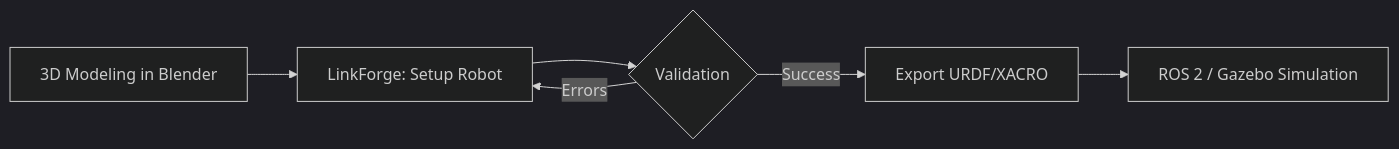
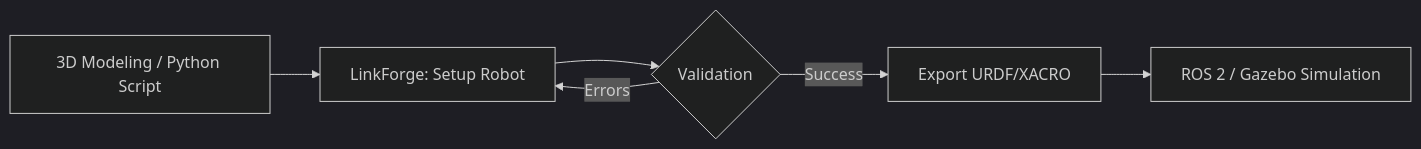
Before and after one commit to arounamounchili/linkforge: the diagram in docs/source/index.md, drawn with Mermaid (dark theme). The commit also changed other lines of this file and 2 other files, not shown here.

Commit message:
docs: elevate programmatic Python workflow to first-class citizen in ReadTheDocs

````diff
--- a/docs/source/index.md
+++ b/docs/source/index.md
@@ -7,8 +7,8 @@
 ```{mermaid}
 graph LR
-    A[3D Modeling in Blender] --> B[LinkForge: Setup Robot]
+    A[3D Modeling / Python Script] --> B[LinkForge: Setup Robot]
     B --> C{Validation}
     C -- Errors --> B
     C -- Success --> D[Export URDF/XACRO]
     D --> E[ROS 2 / Gazebo Simulation]
 ```
````
